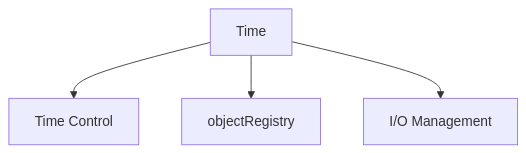
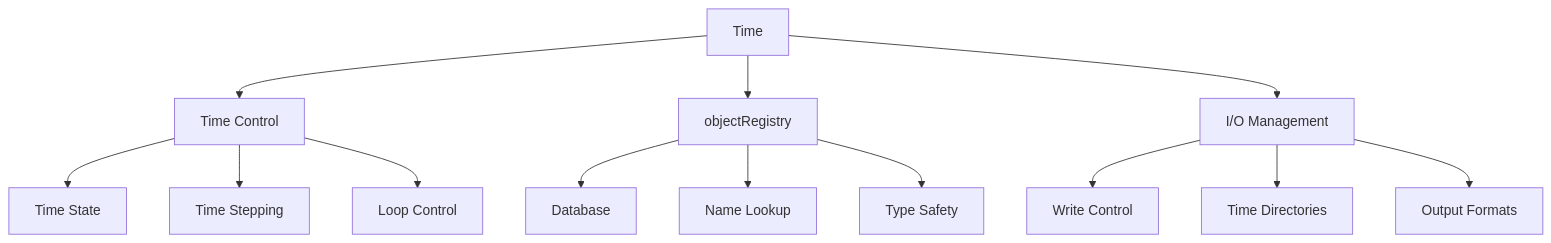
Before and after one commit to wramet/build-my-cfd: the first of 2 diagrams in MODULE_05_OPENFOAM_PROGRAMMING/CONTENT/07_TIME_DATABASES/00_Overview.md, drawn with Mermaid. The commit also changed other lines of this file and 124 other files, not shown here.

````diff
--- a/MODULE_05_OPENFOAM_PROGRAMMING/CONTENT/07_TIME_DATABASES/00_Overview.md
+++ b/MODULE_05_OPENFOAM_PROGRAMMING/CONTENT/07_TIME_DATABASES/00_Overview.md
@@ -19,6 +44,18 @@
 ```mermaid
 flowchart TD
     A[Time] --> B[Time Control]
     A --> C[objectRegistry]
     A --> D[I/O Management]
+    
+    B --> B1[Time State]
+    B --> B2[Time Stepping]
+    B --> B3[Loop Control]
+    
+    C --> C1[Database]
+    C --> C2[Name Lookup]
+    C --> C3[Type Safety]
+    
+    D --> D1[Write Control]
+    D --> D2[Time Directories]
+    D --> D3[Output Formats]
 ```
````
